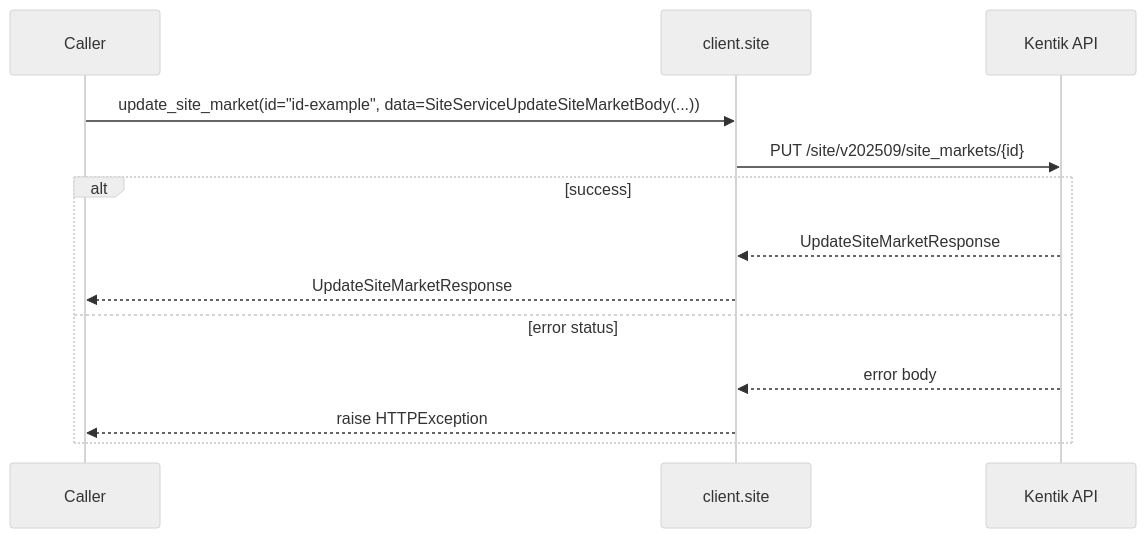
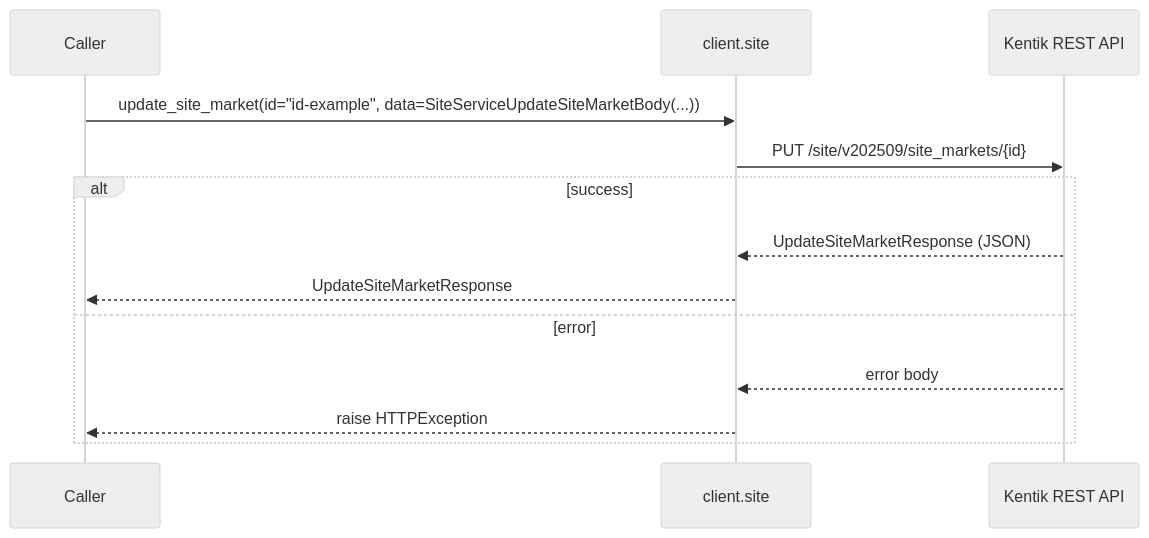
Before and after one commit to alexdearaujo/community_sdk_python: the eighth of 22 diagrams in docs/sphinx/services/site.md, drawn with Mermaid (neutral theme). The commit also changed other lines of this file and 61 other files, not shown here.

````diff
--- a/docs/sphinx/services/site.md
+++ b/docs/sphinx/services/site.md
@@ -175,16 +252,16 @@
 ```mermaid
 sequenceDiagram
     participant C as Caller
     participant W as client.site
-    participant API as Kentik API
+    participant API as Kentik REST API
 
     C->>W: update_site_market(id="id-example", data=SiteServiceUpdateSiteMarketBody(...))
     W->>API: PUT /site/v202509/site_markets/{id}
     alt success
-        API-->>W: UpdateSiteMarketResponse
+        API-->>W: UpdateSiteMarketResponse (JSON)
         W-->>C: UpdateSiteMarketResponse
-    else error status
+    else error
         API-->>W: error body
         W-->>C: raise HTTPException
     end
 ```
````
